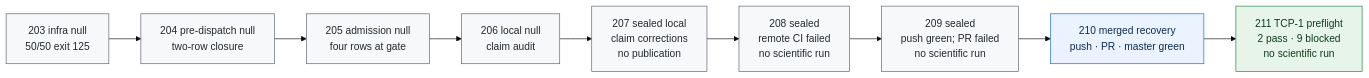
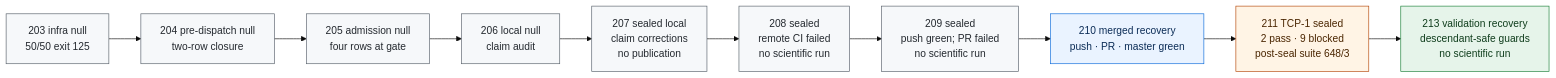
The third of 5 diagrams in README.md (manfromnowhere143/telos), drawn with Mermaid (base theme) before and after one commit. The commit also changed other lines of this file and 26 other files, not shown here.

Commit message:
Recover iter211 post-seal validation

````diff
--- a/README.md
+++ b/README.md
@@ -206,10 +208,12 @@
 ```mermaid
 flowchart LR
- I203["203 infra null<br/>50/50 exit 125"]-->I204["204 pre-dispatch null<br/>two-row closure"]-->I205["205 admission null<br/>four rows at gate"]-->I206["206 local null<br/>claim audit"]-->I207["207 sealed local<br/>claim corrections<br/>no publication"]-->I208["208 sealed<br/>remote CI failed<br/>no scientific run"]-->I209["209 sealed<br/>push green; PR failed<br/>no scientific run"]-->I210["210 merged recovery<br/>push · PR · master green"]-->I211["211 TCP-1 preflight<br/>2 pass · 9 blocked<br/>no scientific run"]
+ I203["203 infra null<br/>50/50 exit 125"]-->I204["204 pre-dispatch null<br/>two-row closure"]-->I205["205 admission null<br/>four rows at gate"]-->I206["206 local null<br/>claim audit"]-->I207["207 sealed local<br/>claim corrections<br/>no publication"]-->I208["208 sealed<br/>remote CI failed<br/>no scientific run"]-->I209["209 sealed<br/>push green; PR failed<br/>no scientific run"]-->I210["210 merged recovery<br/>push · PR · master green"]-->I211["211 TCP-1 sealed<br/>2 pass · 9 blocked<br/>post-seal suite 648/3"]-->I213["213 validation recovery<br/>descendant-safe guards<br/>no scientific run"]
  classDef null fill:#f6f8fa,stroke:#57606a,color:#24292f;
  classDef complete fill:#eaf3ff,stroke:#0969da,color:#0c2d57;
+ classDef corrected fill:#fff4e5,stroke:#b54708,color:#4a2500;
  classDef active fill:#e6f4ea,stroke:#1a7f37,color:#0f3d1c;
  class I203,I204,I205,I206,I207,I208,I209 null;
  class I210 complete;
- class I211 active;
+ class I211 corrected;
+ class I213 active;
 ```
````
